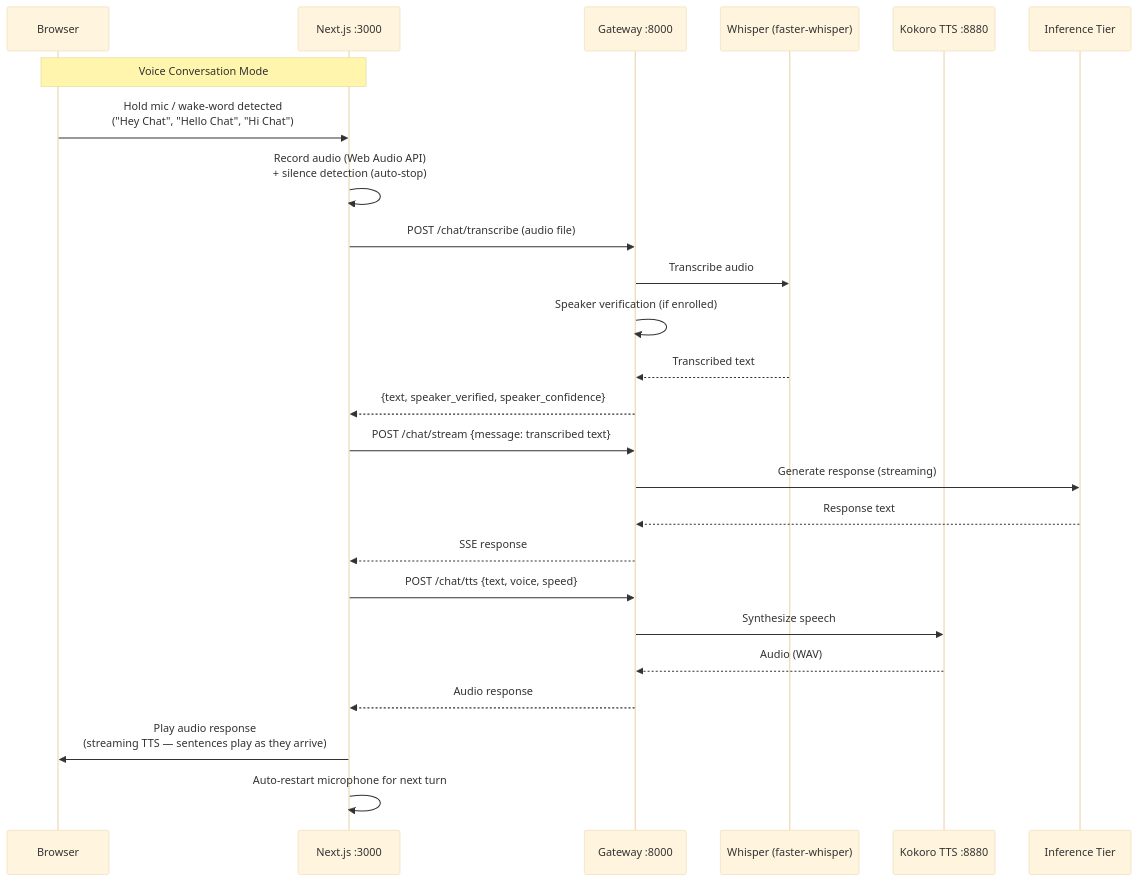
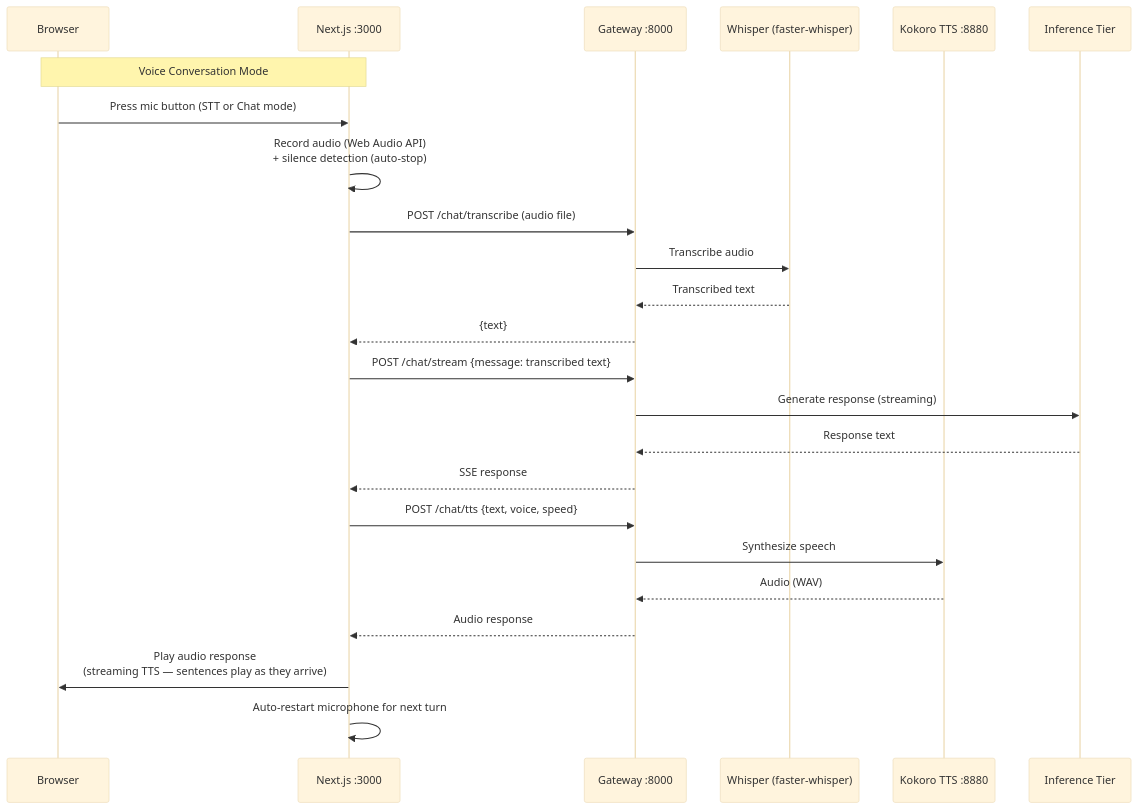
One commit to Jimmy6929/Molebie_AI changed the seventh of 14 diagrams in full_system_architecture_map_730d3d3f.plan.md. Above: the diagram before and after it, drawn with Mermaid (base theme). The commit also changed other lines of this file, not shown here.

First line of the commit message:
Update architecture doc: voice flow, RAG metrics, APIs

````diff
--- a/full_system_architecture_map_730d3d3f.plan.md
+++ b/full_system_architecture_map_730d3d3f.plan.md
@@ -313,30 +313,29 @@
 ```mermaid
 sequenceDiagram
     participant U as Browser
     participant W as Next.js :3000
     participant G as Gateway :8000
     participant STT as Whisper (faster-whisper)
     participant TTS as Kokoro TTS :8880
     participant LLM as Inference Tier
 
     Note over U,W: Voice Conversation Mode
-    U->>W: Hold mic / wake-word detected<br/>("Hey Chat", "Hello Chat", "Hi Chat")
+    U->>W: Press mic button (STT or Chat mode)
     W->>W: Record audio (Web Audio API)<br/>+ silence detection (auto-stop)
     W->>G: POST /chat/transcribe (audio file)
     G->>STT: Transcribe audio
-    G->>G: Speaker verification (if enrolled)
     STT-->>G: Transcribed text
-    G-->>W: {text, speaker_verified, speaker_confidence}
+    G-->>W: {text}
 
     W->>G: POST /chat/stream {message: transcribed text}
     G->>LLM: Generate response (streaming)
     LLM-->>G: Response text
     G-->>W: SSE response
 
     W->>G: POST /chat/tts {text, voice, speed}
     G->>TTS: Synthesize speech
     TTS-->>G: Audio (WAV)
     G-->>W: Audio response
     W->>U: Play audio response<br/>(streaming TTS — sentences play as they arrive)
     W->>W: Auto-restart microphone for next turn
 ```
````
